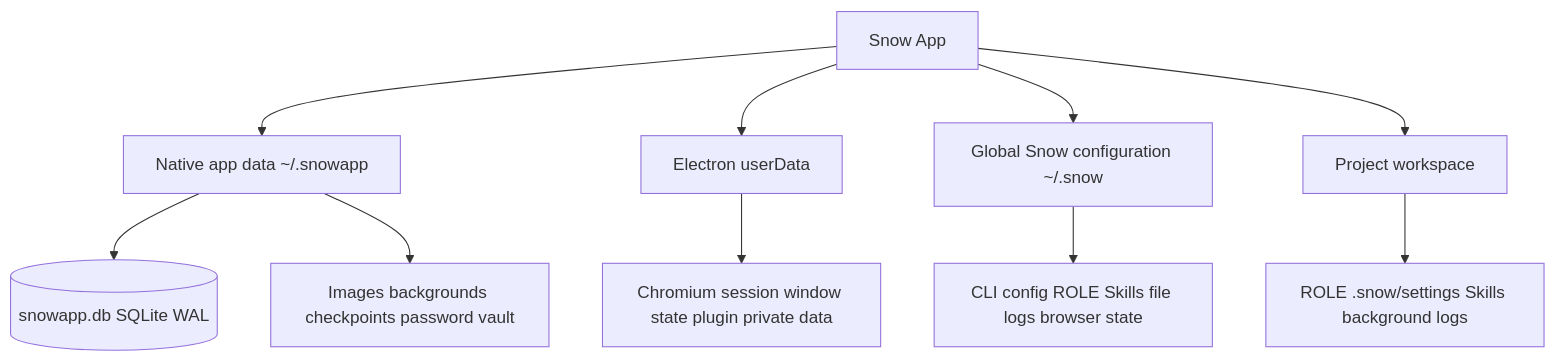
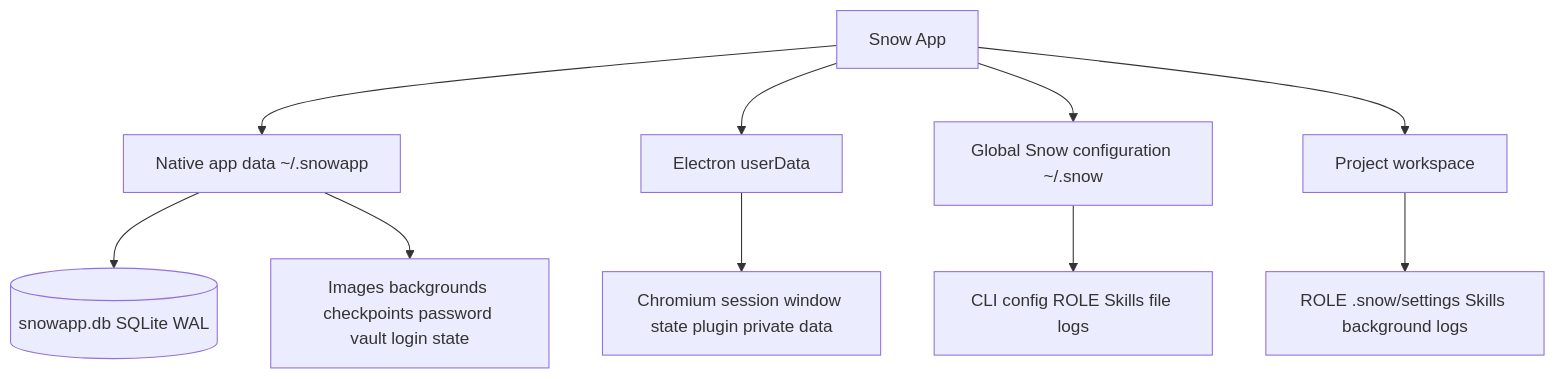
The diagram in docs/en/3-reference/4-data-storage-locations.md (MayDay-wpf/snow-app), drawn with Mermaid before and after one commit. The commit also changed other lines of this file and 33 other files, not shown here.

````diff
--- a/docs/en/3-reference/4-data-storage-locations.md
+++ b/docs/en/3-reference/4-data-storage-locations.md
@@ -7,13 +7,13 @@
 ```mermaid
 flowchart TB
     APP[Snow App]
     APP --> N[Native app data ~/.snowapp]
     APP --> E[Electron userData]
     APP --> G[Global Snow configuration ~/.snow]
     APP --> W[Project workspace]
     N --> DB[(snowapp.db SQLite WAL)]
-    N --> RES[Images backgrounds checkpoints password vault]
+    N --> RES[Images backgrounds checkpoints password vault login state]
     E --> CH[Chromium session window state plugin private data]
-    G --> CFG[CLI config ROLE Skills file logs browser state]
+    G --> CFG[CLI config ROLE Skills file logs]
     W --> PROJ[ROLE .snow/settings Skills background logs]
 ```
````
